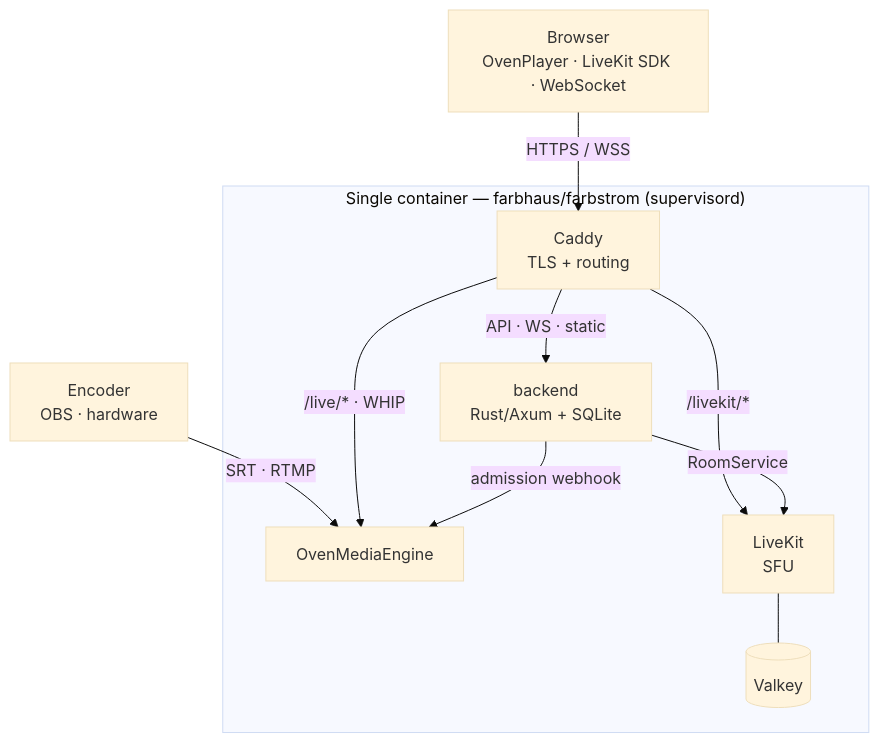
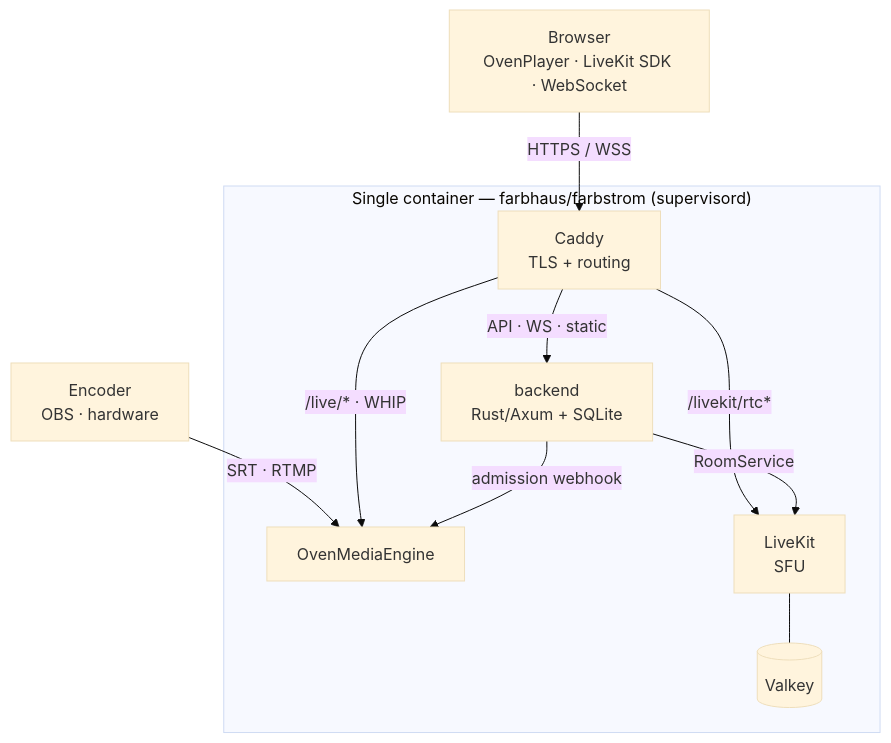
One commit to farbhaus/Farbstrom changed the diagram in docs/DEPLOYMENT.md. Above: the diagram before and after it, drawn with Mermaid (base theme). The commit also changed other lines of this file and 105 other files, not shown here.

````diff
--- a/docs/DEPLOYMENT.md
+++ b/docs/DEPLOYMENT.md
@@ -9,24 +9,24 @@
 ```mermaid
 flowchart TB
     Encoder["Encoder<br/>OBS · hardware"]
     Browser["Browser<br/>OvenPlayer · LiveKit SDK · WebSocket"]
 
     subgraph host["Single container — farbhaus/farbstrom (supervisord)"]
         Caddy["Caddy<br/>TLS + routing"]
         Backend["backend<br/>Rust/Axum + SQLite"]
         OME["OvenMediaEngine"]
         LK["LiveKit<br/>SFU"]
         Valkey[("Valkey")]
     end
 
     Encoder -->|"SRT · RTMP"| OME
     Browser -->|HTTPS / WSS| Caddy
 
     Caddy -->|"/live/* · WHIP"| OME
-    Caddy -->|"/livekit/*"| LK
+    Caddy -->|"/livekit/rtc*"| LK
     Caddy -->|"API · WS · static"| Backend
 
     Backend -->|RoomService| LK
     Backend -->|admission webhook| OME
     LK --- Valkey
 ```
````
